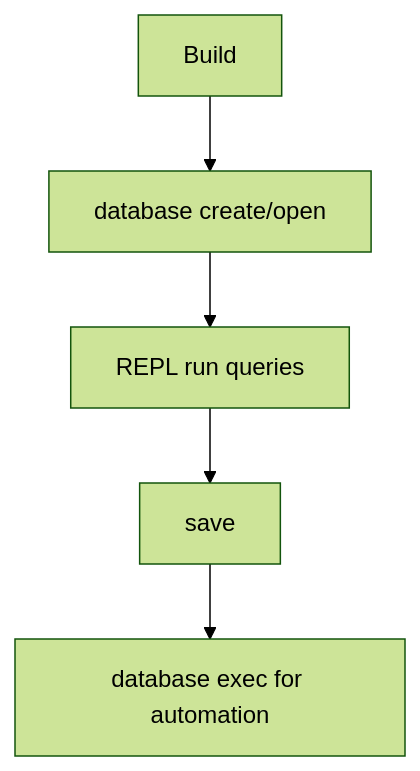
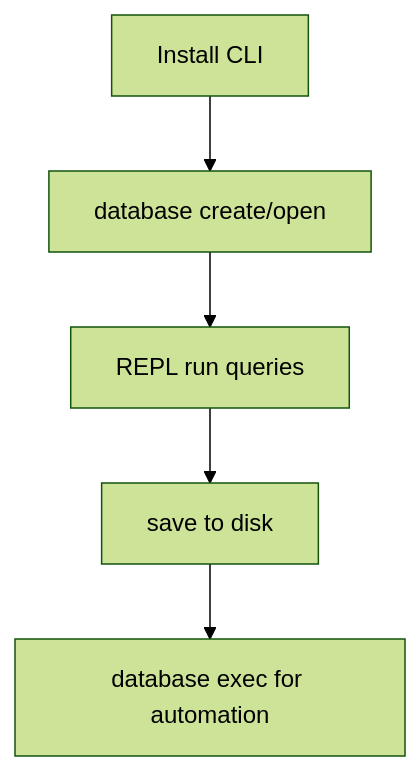
The diagram in docs/apps/docs/content/docs/en/zyx/user-guide/quick-start.mdx (nexepic/zyx), drawn with Mermaid (forest theme) before and after one commit. The commit also changed other lines of this file and 112 other files, not shown here.

````diff
--- a/docs/apps/docs/content/docs/en/zyx/user-guide/quick-start.mdx
+++ b/docs/apps/docs/content/docs/en/zyx/user-guide/quick-start.mdx
@@ -71,7 +109,7 @@
 ```mermaid
 flowchart TD
-  A[Build] --> B[database create/open]
+  A[Install CLI] --> B[database create/open]
   B --> C[REPL run queries]
-  C --> D[save]
+  C --> D[save to disk]
   D --> E[database exec for automation]
 ```
````
